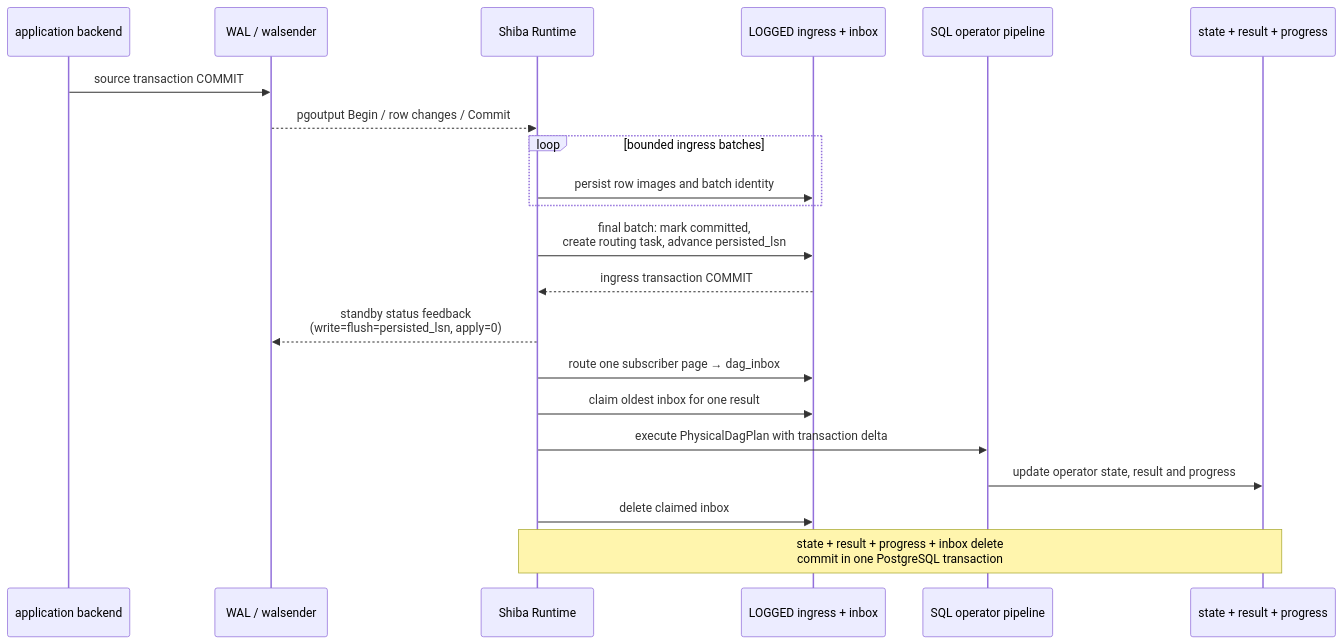
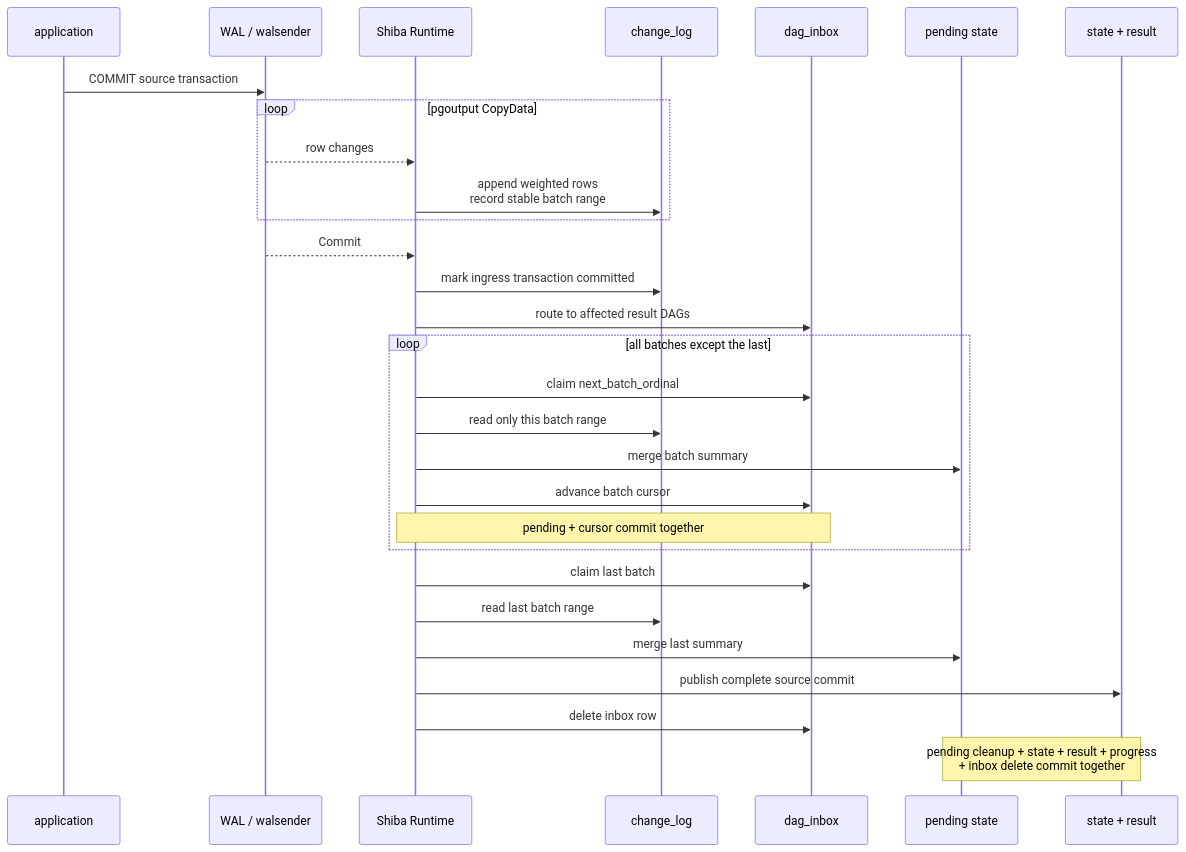
The second of 2 diagrams in docs/ARCHITECTURE.md (frelion/shiba), drawn with Mermaid before and after one commit. The commit also changed other lines of this file and 17 other files, not shown here.

Commit message:
refactor: apply source commits in durable batches

````diff
--- a/docs/ARCHITECTURE.md
+++ b/docs/ARCHITECTURE.md
@@ -72,24 +47,32 @@
 ```mermaid
 sequenceDiagram
-    participant A as application backend
-    participant W as WAL / walsender
-    participant R as Shiba Runtime
-    participant Q as LOGGED ingress + inbox
-    participant K as SQL operator pipeline
-    participant O as state + result + progress
+    participant App as application
+    participant WAL as WAL / walsender
+    participant RT as Shiba Runtime
+    participant In as change_log
+    participant Q as dag_inbox
+    participant P as pending state
+    participant Out as state + result
 
-    A->>W: source transaction COMMIT
-    W-->>R: pgoutput Begin / row changes / Commit
-    loop bounded ingress batches
-        R->>Q: persist row images and batch identity
+    App->>WAL: COMMIT source transaction
+    loop pgoutput CopyData
+        WAL-->>RT: row changes
+        RT->>In: append weighted rows<br/>record stable batch range
     end
-    R->>Q: final batch: mark committed,<br/>create routing task, advance persisted_lsn
-    Q-->>R: ingress transaction COMMIT
-    R-->>W: standby status feedback<br/>(write=flush=persisted_lsn, apply=0)
-    R->>Q: route one subscriber page → dag_inbox
-    R->>Q: claim oldest inbox for one result
-    R->>K: execute PhysicalDagPlan with transaction delta
-    K->>O: update operator state, result and progress
-    R->>Q: delete claimed inbox
-    Note over R,O: state + result + progress + inbox delete<br/>commit in one PostgreSQL transaction
+    WAL-->>RT: Commit
+    RT->>In: mark ingress transaction committed
+    RT->>Q: route to affected result DAGs
+    loop all batches except the last
+        RT->>Q: claim next_batch_ordinal
+        RT->>In: read only this batch range
+        RT->>P: merge batch summary
+        RT->>Q: advance batch cursor
+        Note over RT,Q: pending + cursor commit together
+    end
+    RT->>Q: claim last batch
+    RT->>In: read last batch range
+    RT->>P: merge last summary
+    RT->>Out: publish complete source commit
+    RT->>Q: delete inbox row
+    Note over P,Out: pending cleanup + state + result + progress<br/>+ inbox delete commit together
 ```
````
